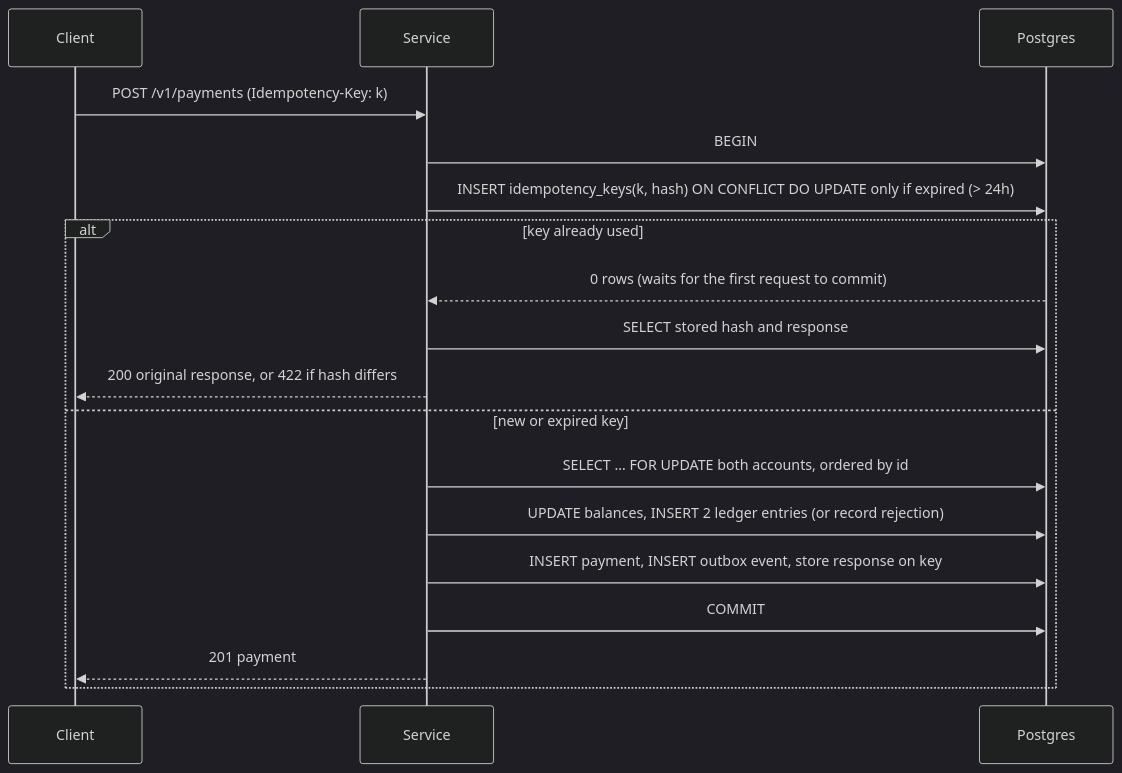
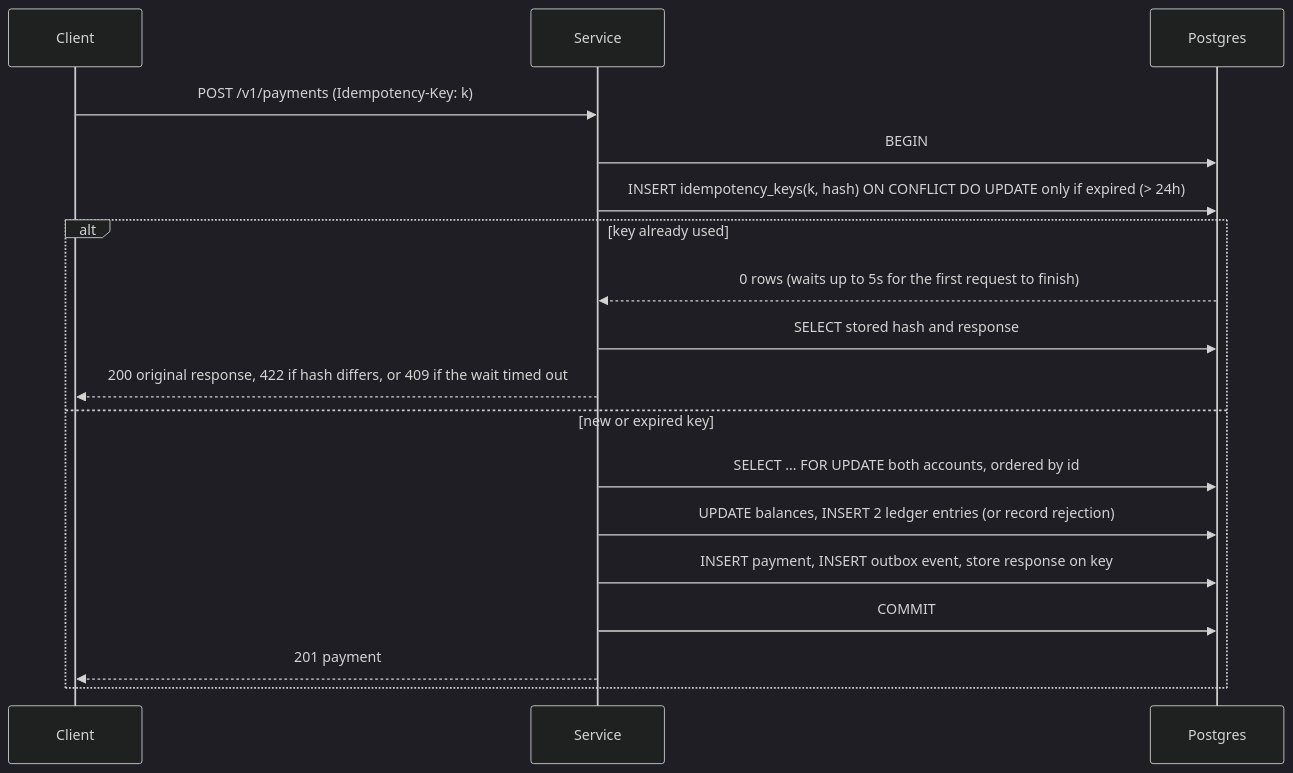
One commit to xeeshan16/payment-simulator changed the second of 2 diagrams in README.md. Above: the diagram before and after it, drawn with Mermaid (dark theme). The commit also changed other lines of this file and 8 other files, not shown here.

````diff
--- a/README.md
+++ b/README.md
@@ -50,20 +51,20 @@
 ```mermaid
 sequenceDiagram
     participant C as Client
     participant S as Service
     participant DB as Postgres
     C->>S: POST /v1/payments (Idempotency-Key: k)
     S->>DB: BEGIN
     S->>DB: INSERT idempotency_keys(k, hash) ON CONFLICT DO UPDATE only if expired (> 24h)
     alt key already used
-        DB-->>S: 0 rows (waits for the first request to commit)
+        DB-->>S: 0 rows (waits up to 5s for the first request to finish)
         S->>DB: SELECT stored hash and response
-        S-->>C: 200 original response, or 422 if hash differs
+        S-->>C: 200 original response, 422 if hash differs, or 409 if the wait timed out
     else new or expired key
         S->>DB: SELECT … FOR UPDATE both accounts, ordered by id
         S->>DB: UPDATE balances, INSERT 2 ledger entries (or record rejection)
         S->>DB: INSERT payment, INSERT outbox event, store response on key
         S->>DB: COMMIT
         S-->>C: 201 payment
     end
 ```
````
